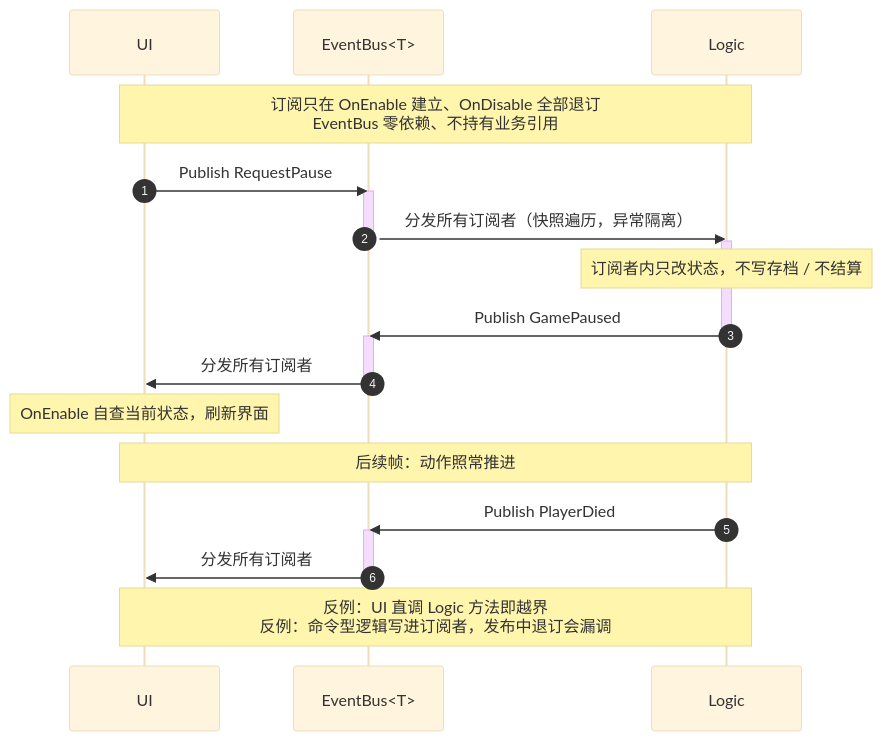
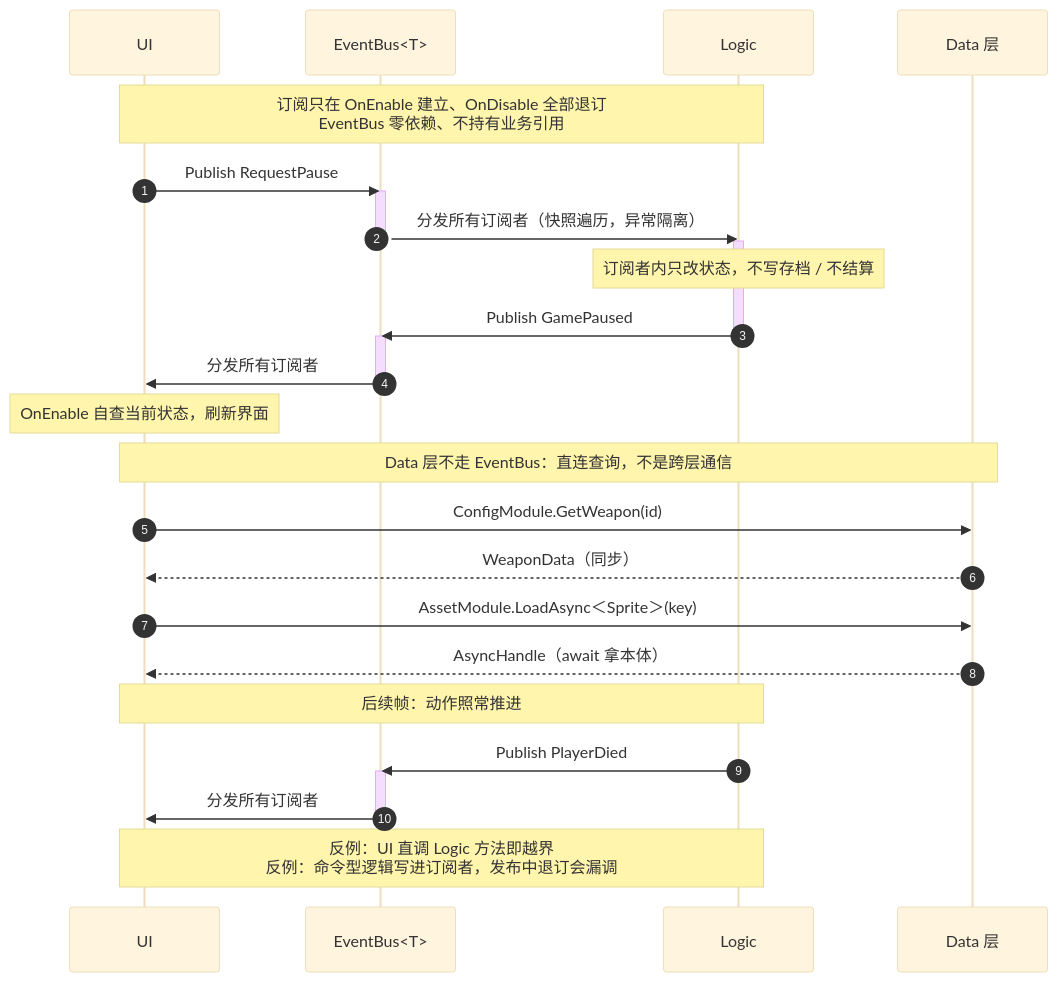
The fifth of 8 diagrams in Docs/框架设计/框架蓝图.md (5FYZhou/deepseaoil), drawn with Mermaid (base theme) before and after one commit. The commit also changed other lines of this file and 7 other files, not shown here.

First line of the commit message:
docs(framework): 蓝图并入 Data 层与总览，重写程序集/目录节

````diff
--- a/Docs/框架设计/框架蓝图.md
+++ b/Docs/框架设计/框架蓝图.md
@@ -181,30 +414,37 @@
 ```mermaid
 sequenceDiagram
   autonumber
   participant UI as UI
   participant Bus as EventBus<T>
   participant Logic as Logic
+  participant Data as Data 层
 
   Note over UI,Logic: 订阅只在 OnEnable 建立、OnDisable 全部退订<br/>EventBus 零依赖、不持有业务引用
 
   UI->>Bus: Publish RequestPause
   activate Bus
   Bus->>Logic: 分发所有订阅者（快照遍历，异常隔离）
   deactivate Bus
   activate Logic
   Note over Logic: 订阅者内只改状态，不写存档 / 不结算
   Logic->>Bus: Publish GamePaused
   deactivate Logic
   activate Bus
   Bus->>UI: 分发所有订阅者
   deactivate Bus
   Note over UI: OnEnable 自查当前状态，刷新界面
 
+  Note over UI,Data: Data 层不走 EventBus：直连查询，不是跨层通信
+  UI->>Data: ConfigModule.GetWeapon(id)
+  Data-->>UI: WeaponData（同步）
+  UI->>Data: AssetModule.LoadAsync＜Sprite＞(key)
+  Data-->>UI: AsyncHandle（await 拿本体）
+
   Note over UI,Logic: 后续帧：动作照常推进
   Logic->>Bus: Publish PlayerDied
   activate Bus
   Bus->>UI: 分发所有订阅者
   deactivate Bus
 
   Note over UI,Logic: 反例：UI 直调 Logic 方法即越界<br/>反例：命令型逻辑写进订阅者，发布中退订会漏调
 ```
````
